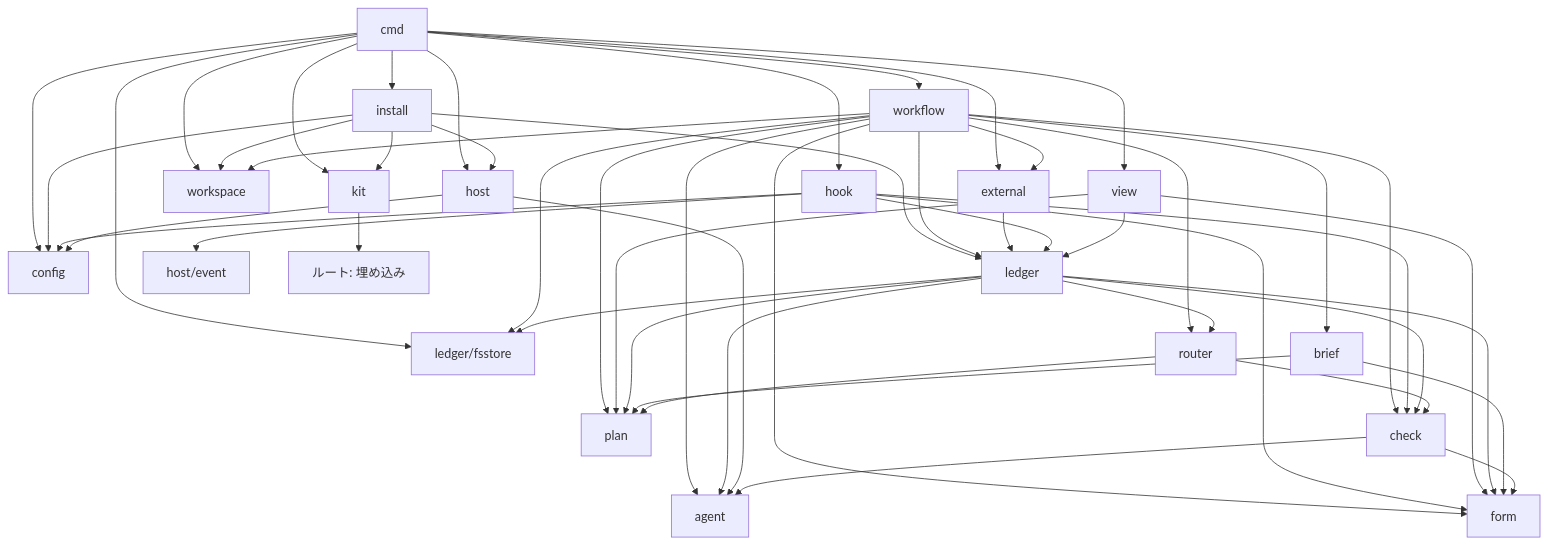
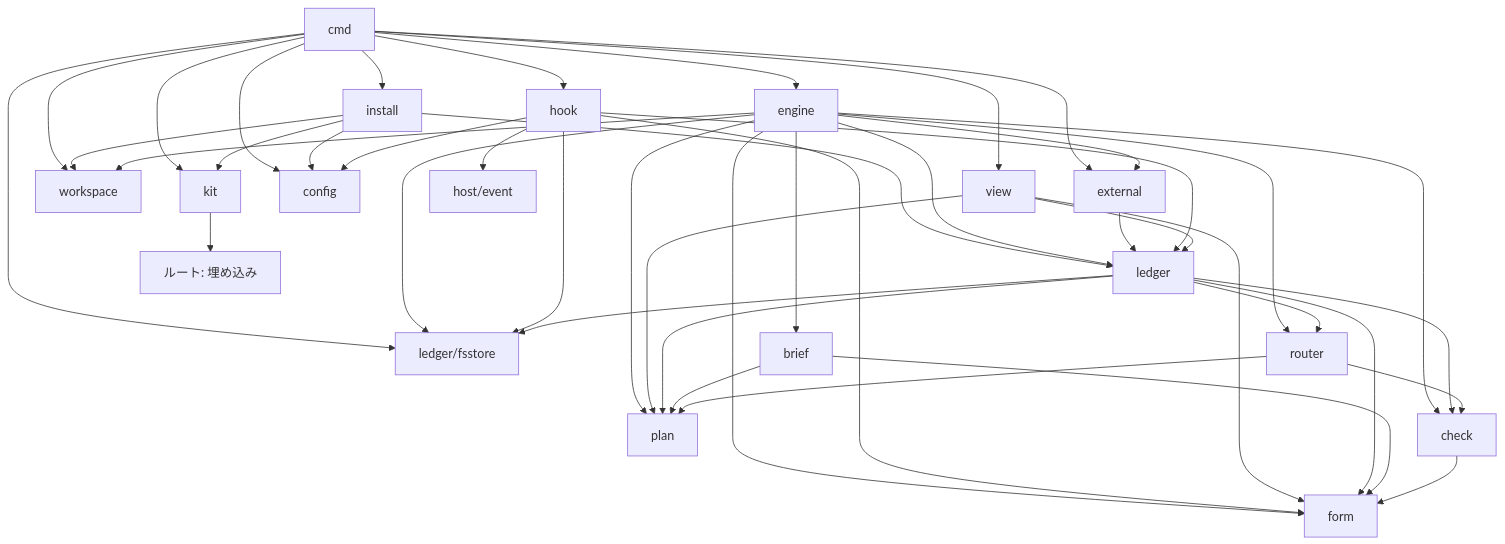
Before and after one commit to ildjenty/dev-kit: the diagram in docs/architecture.md, drawn with Mermaid. The commit also changed other lines of this file, not shown here.

First line of the commit message:
architecture.md をセッションの中で devkit が指揮を取る形に書き直す

````diff
--- a/docs/architecture.md
+++ b/docs/architecture.md
@@ -249,52 +217,45 @@
 ```mermaid
 graph TD
   cmd --> install
-  cmd --> workflow
+  cmd --> engine
   cmd --> hook
   cmd --> view
   cmd --> fsstore[ledger/fsstore]
-  cmd --> host
   cmd --> workspace
   cmd --> external
   cmd --> config
   cmd --> kit
   install --> config
   install --> kit
-  install --> host
   install --> ledger
   install --> workspace
-  workflow --> plan
-  workflow --> brief
-  workflow --> check
-  workflow --> router
-  workflow --> ledger
-  workflow --> form
-  workflow --> agent
-  workflow --> workspace
-  workflow --> external
-  workflow --> fsstore
+  engine --> plan
+  engine --> brief
+  engine --> check
+  engine --> router
+  engine --> ledger
+  engine --> form
+  engine --> workspace
+  engine --> external
+  engine --> fsstore
   external --> ledger
   hook --> ledger
-  hook --> check
   hook --> config
   hook --> hostevent[host/event]
   hook --> form
+  hook --> fsstore
   view --> ledger
   view --> form
   view --> plan
   ledger --> plan
   ledger --> check
   ledger --> router
   ledger --> form
-  ledger --> agent
   ledger --> fsstore
-  host --> agent
-  host --> config
   brief --> plan
   brief --> form
   check --> form
-  check --> agent
   router --> plan
   router --> check
   kit --> root[ルート: 埋め込み]
 ```
````
